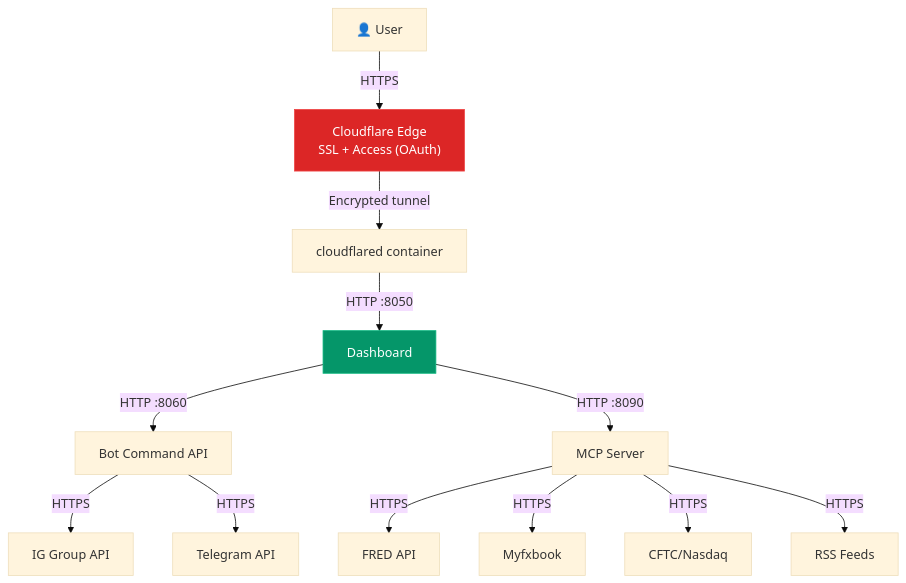
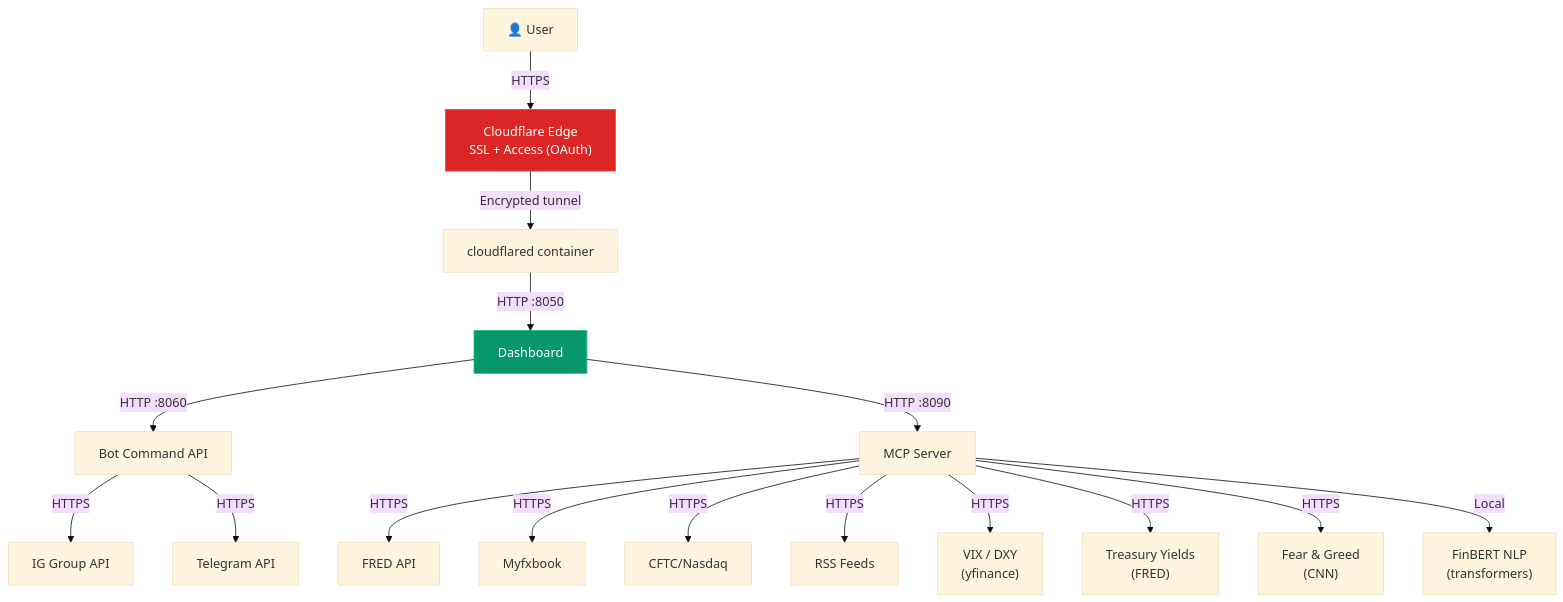
The third of 3 diagrams in docs/Infrastructure.md (joegooderham/ai-trader-bot), drawn with Mermaid (base theme) before and after one commit. The commit also changed other lines of this file and 8 other files, not shown here.

First line of the commit message:
docs: update all documentation for 14 data sources, FinBERT, VIX/DXY/yield

````diff
--- a/docs/Infrastructure.md
+++ b/docs/Infrastructure.md
@@ -52,17 +52,21 @@
 ```mermaid
 flowchart TD
     USER["👤 User"] -->|"HTTPS"| CF["Cloudflare Edge<br/>SSL + Access (OAuth)"]
     CF -->|"Encrypted tunnel"| TUNNEL["cloudflared container"]
     TUNNEL -->|"HTTP :8050"| DASH["Dashboard"]
     DASH -->|"HTTP :8060"| BOT["Bot Command API"]
     DASH -->|"HTTP :8090"| MCP["MCP Server"]
     BOT -->|"HTTPS"| IG["IG Group API"]
     BOT -->|"HTTPS"| TG["Telegram API"]
     MCP -->|"HTTPS"| FRED["FRED API"]
     MCP -->|"HTTPS"| MFX["Myfxbook"]
     MCP -->|"HTTPS"| COT["CFTC/Nasdaq"]
     MCP -->|"HTTPS"| NEWS["RSS Feeds"]
+    MCP -->|"HTTPS"| VIX_I["VIX / DXY<br/>(yfinance)"]
+    MCP -->|"HTTPS"| YIELD_I["Treasury Yields<br/>(FRED)"]
+    MCP -->|"HTTPS"| FNG_I["Fear & Greed<br/>(CNN)"]
+    MCP -->|"Local"| FINBERT_I["FinBERT NLP<br/>(transformers)"]
 
     style CF fill:#dc2626,stroke:#ef4444,color:#fff
     style DASH fill:#059669,stroke:#10b981,color:#fff
 ```
````
